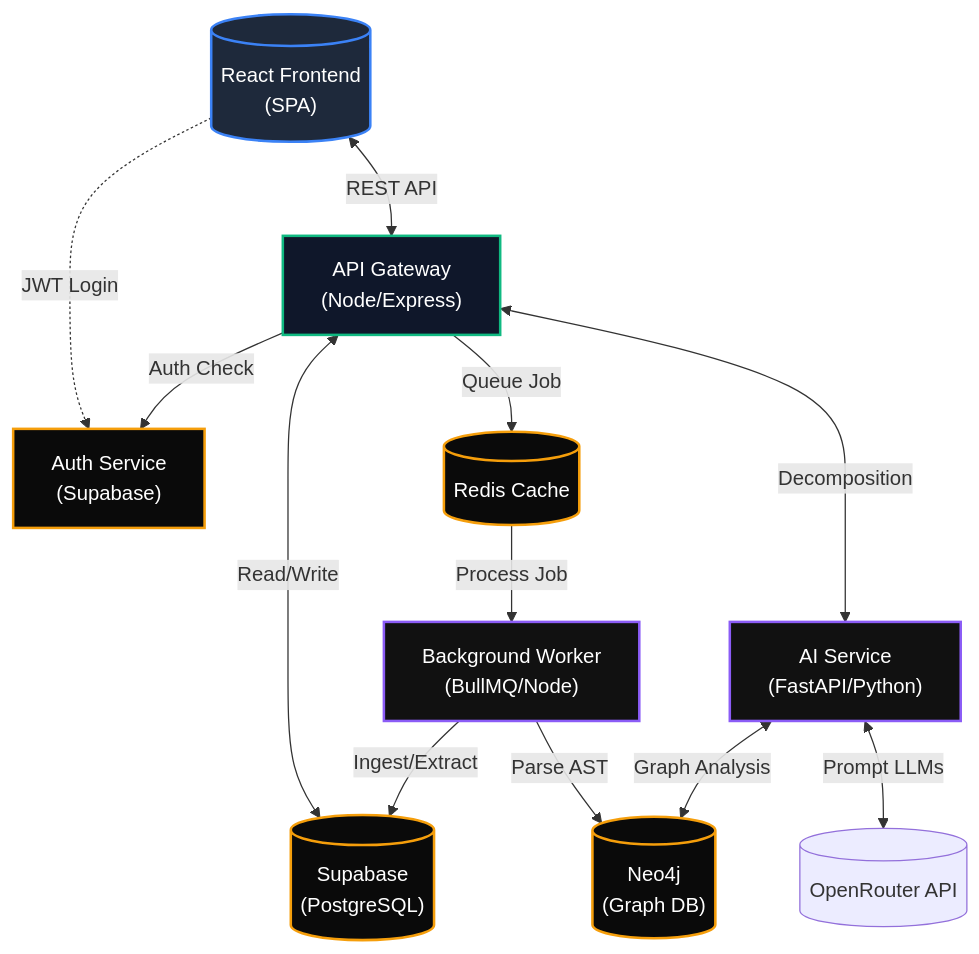
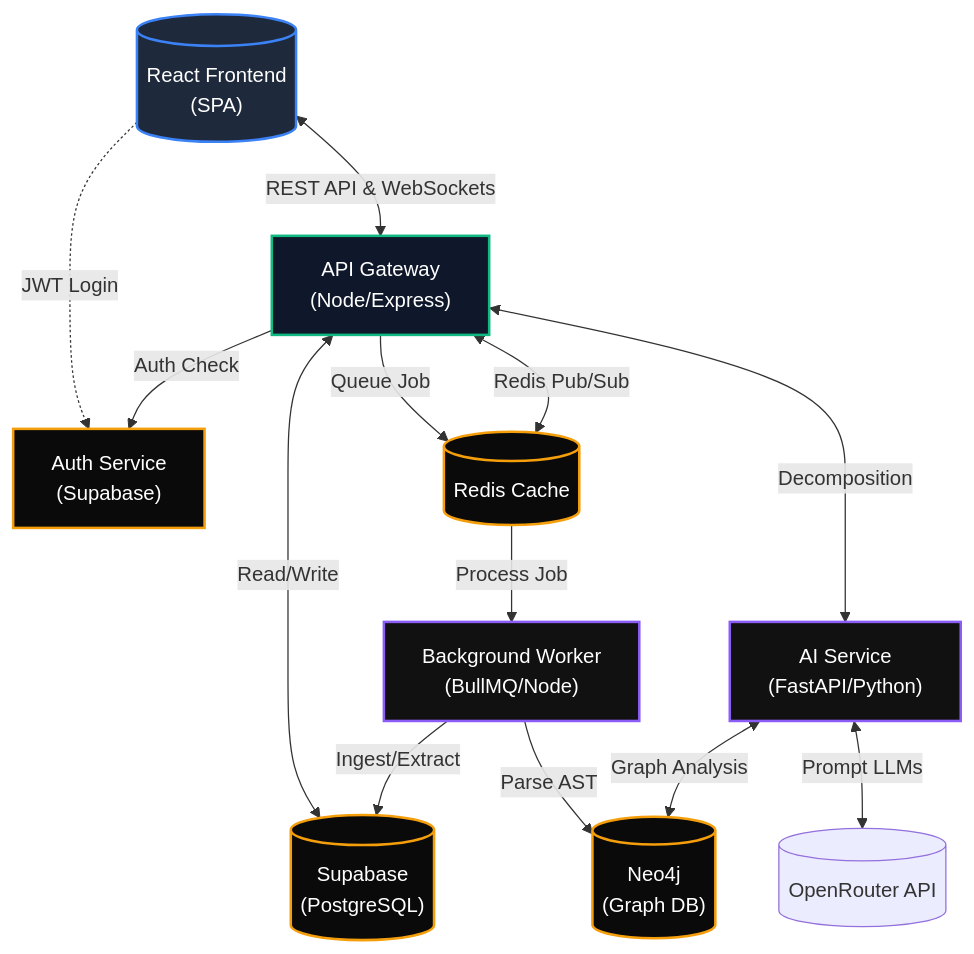
One commit to Tetra4ge/MonoMelt changed the diagram in README.md. Above: the diagram before and after it, drawn with Mermaid. The commit also changed other lines of this file and 3 other files, not shown here.

Commit message:
feat: configure Socket.io and Redis PubSub for real-time frontend updates, and sync README envs

````diff
--- a/README.md
+++ b/README.md
@@ -29,37 +29,38 @@
 ```mermaid
 graph TD
     %% Define Styles
     classDef client fill:#1E293B,stroke:#3B82F6,stroke-width:2px,color:#fff
     classDef gateway fill:#0F172A,stroke:#10B981,stroke-width:2px,color:#fff
     classDef service fill:#111,stroke:#8B5CF6,stroke-width:2px,color:#fff
     classDef data fill:#0a0a0a,stroke:#F59E0B,stroke-width:2px,color:#fff
     
     %% Nodes
     Client[("React Frontend<br/>(SPA)")]:::client
     
     Gateway["API Gateway<br/>(Node/Express)"]:::gateway
     
     Auth["Auth Service<br/>(Supabase)"]:::data
     Worker["Background Worker<br/>(BullMQ/Node)"]:::service
     AI["AI Service<br/>(FastAPI/Python)"]:::service
     
     Redis[("Redis Cache")]:::data
     Postgres[("Supabase<br/>(PostgreSQL)")]:::data
     Neo4j[("Neo4j<br/>(Graph DB)")]:::data
     
     %% Connections
-    Client <-->|REST API| Gateway
+    Client <-->|REST API & WebSockets| Gateway
     Client -.->|JWT Login| Auth
     
     Gateway -->|Auth Check| Auth
     Gateway -->|Queue Job| Redis
+    Gateway <-->|Redis Pub/Sub| Redis
     Gateway <-->|Read/Write| Postgres
     Gateway <-->|Decomposition| AI
     
     Redis -->|Process Job| Worker
     Worker -->|Ingest/Extract| Postgres
     Worker -->|Parse AST| Neo4j
     
     AI <-->|Graph Analysis| Neo4j
     AI <-->|Prompt LLMs| External[("OpenRouter API")]
 ```
````
